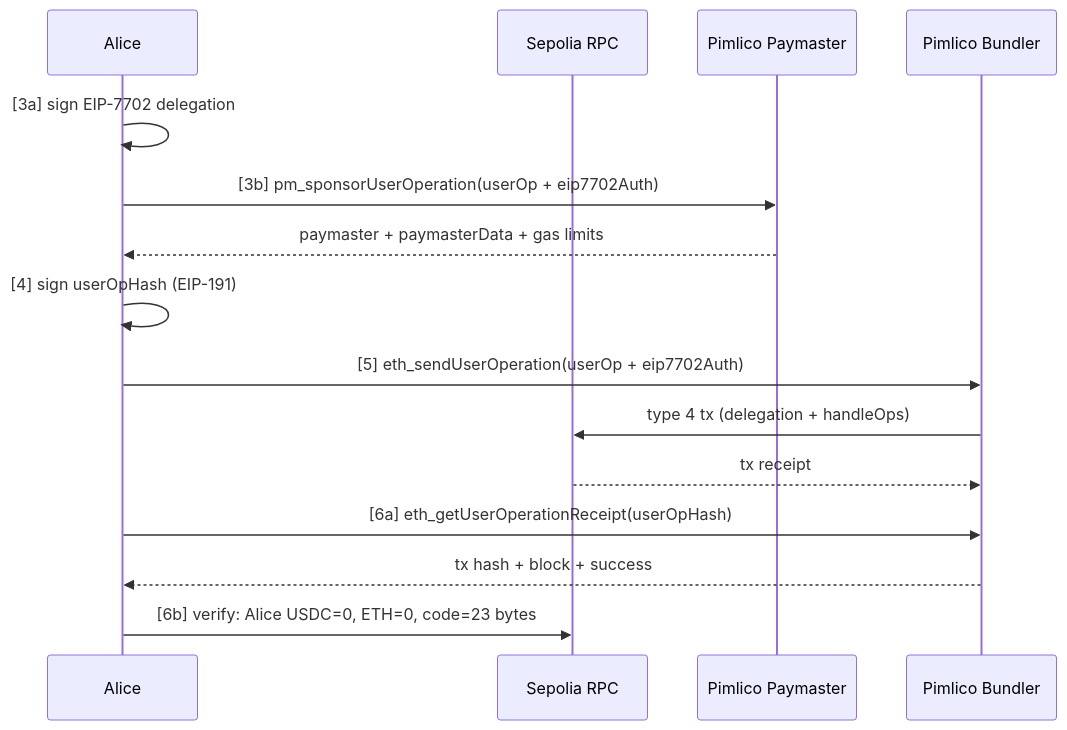
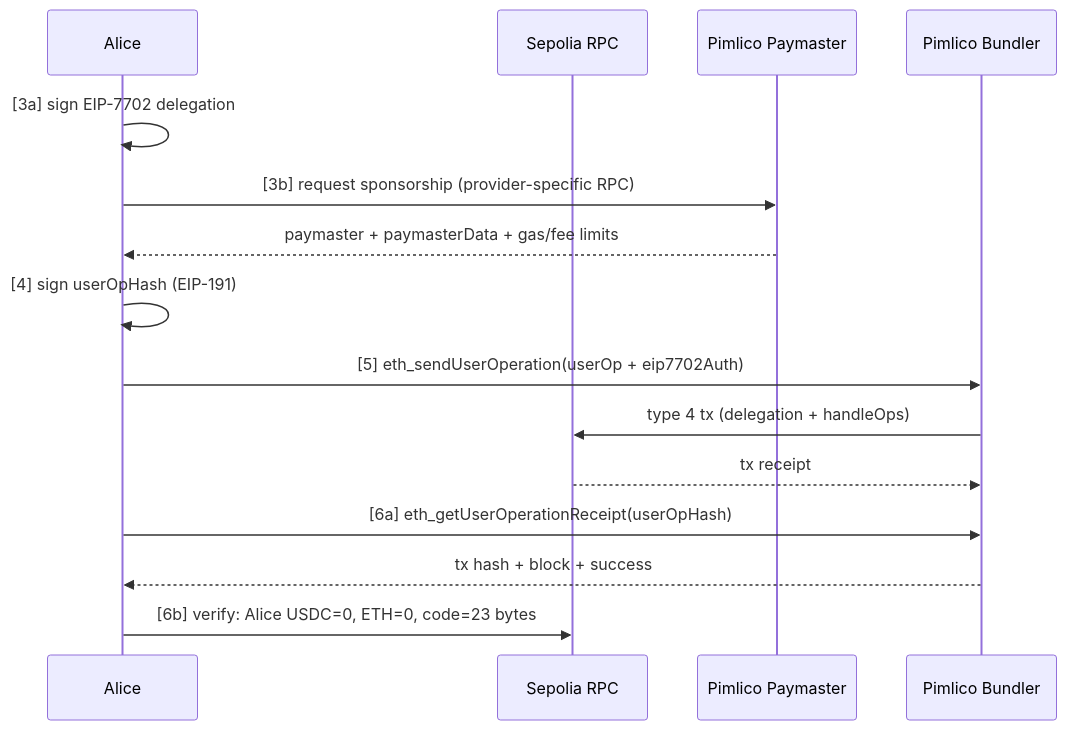
The diagram in script/python/README.md (CoboTest/eip7702-minimal-account), drawn with Mermaid before and after one commit. The commit also changed other lines of this file and 3 other files, not shown here.

````diff
--- a/script/python/README.md
+++ b/script/python/README.md
@@ -167,21 +167,21 @@
 ```mermaid
 sequenceDiagram
     participant A as Alice
     participant RPC as Sepolia RPC
     participant PM as Pimlico Paymaster
     participant B as Pimlico Bundler
 
     A->>A: [3a] sign EIP-7702 delegation
-    A->>PM: [3b] pm_sponsorUserOperation(userOp + eip7702Auth)
-    PM-->>A: paymaster + paymasterData + gas limits
+    A->>PM: [3b] request sponsorship (provider-specific RPC)
+    PM-->>A: paymaster + paymasterData + gas/fee limits
 
     A->>A: [4] sign userOpHash (EIP-191)
 
     A->>B: [5] eth_sendUserOperation(userOp + eip7702Auth)
     B->>RPC: type 4 tx (delegation + handleOps)
     RPC-->>B: tx receipt
 
     A->>B: [6a] eth_getUserOperationReceipt(userOpHash)
     B-->>A: tx hash + block + success
     A->>RPC: [6b] verify: Alice USDC=0, ETH=0, code=23 bytes
 ```
````
